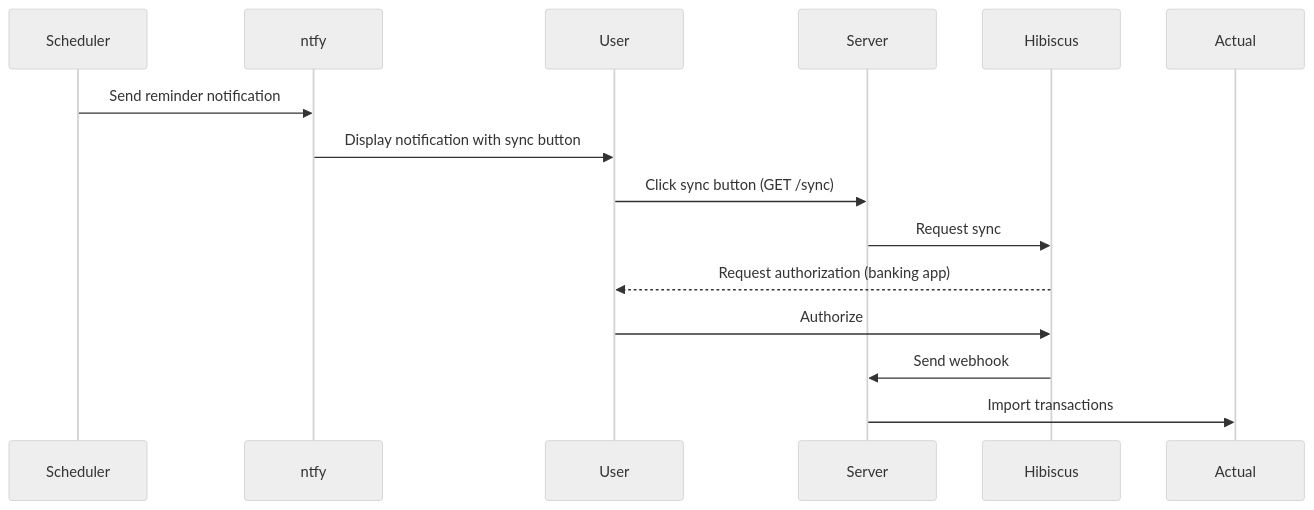
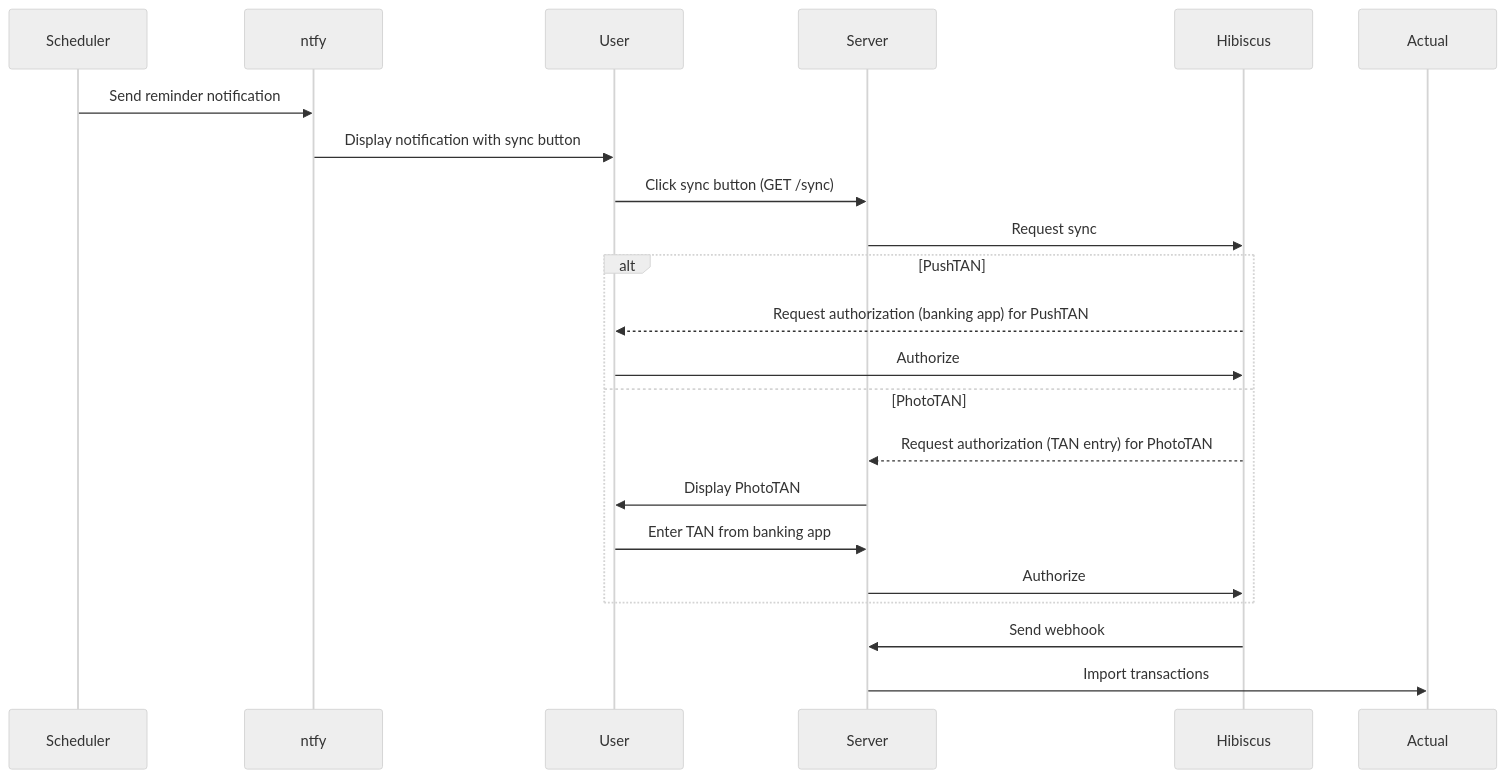
Before and after one commit to similicious/hibiscus-actual-budget: the diagram in README.md, drawn with Mermaid (neutral theme). The commit also changed other lines of this file, not shown here.

Commit message:
Update README with PhotoTAN functionality

````diff
--- a/README.md
+++ b/README.md
@@ -17,18 +17,25 @@
 ```mermaid
 sequenceDiagram
     participant Scheduler
     participant ntfy
     participant User
     participant Server
     participant Hibiscus
     participant Actual
 
     Scheduler->>ntfy: Send reminder notification
     ntfy->>User: Display notification with sync button
     User->>Server: Click sync button (GET /sync)
     Server->>Hibiscus: Request sync
-    Hibiscus-->>User: Request authorization (banking app)
-    User->>Hibiscus: Authorize
+    alt PushTAN
+      Hibiscus-->>User: Request authorization (banking app) for PushTAN
+      User->>Hibiscus: Authorize
+    else PhotoTAN
+      Hibiscus-->>Server: Request authorization (TAN entry) for PhotoTAN
+      Server->>User: Display PhotoTAN
+      User->>Server: Enter TAN from banking app
+      Server->>Hibiscus: Authorize
+    end
     Hibiscus->>Server: Send webhook
     Server->>Actual: Import transactions
 ```
````
